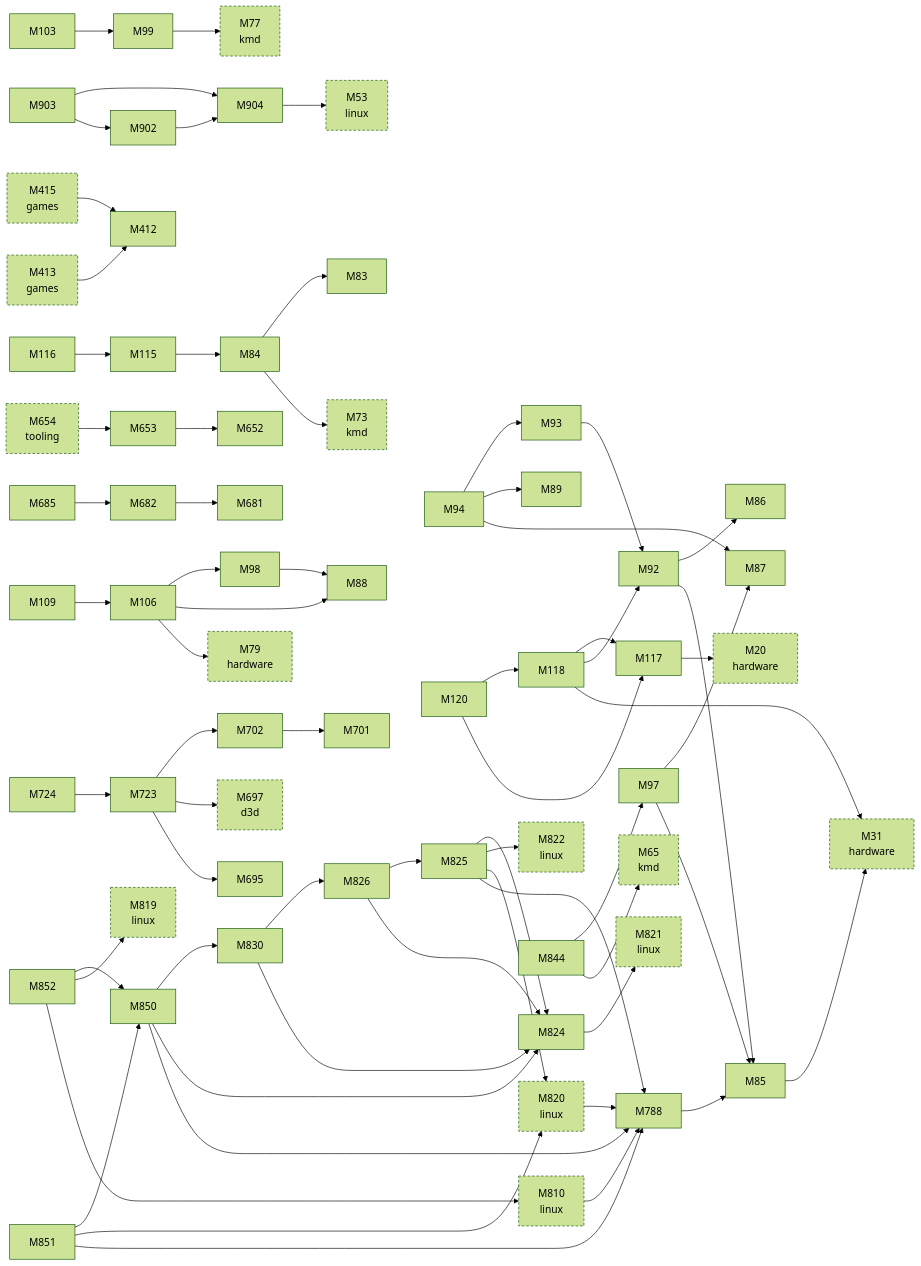
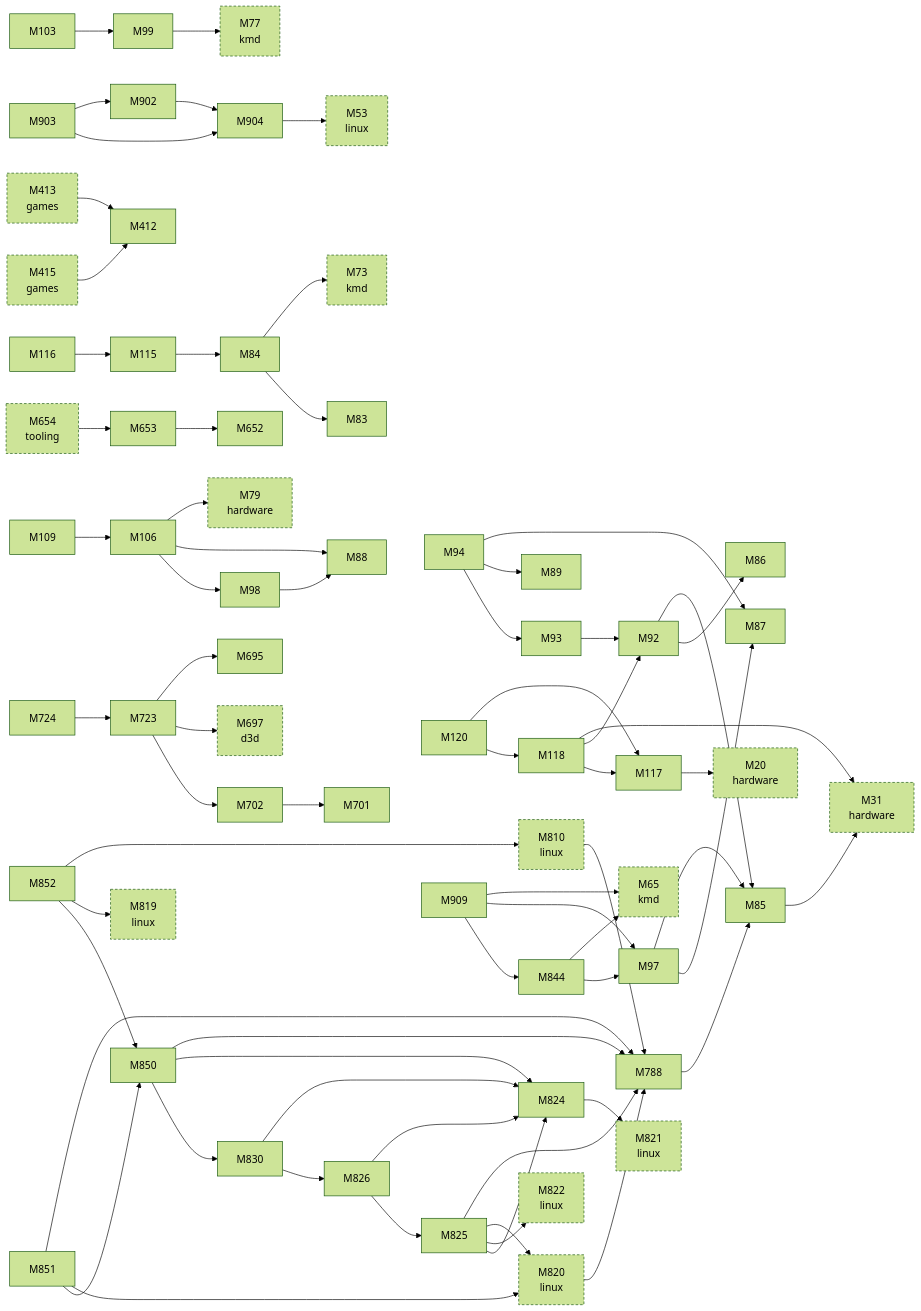
Before and after one commit to D-Ogi/amdgpu-wddm: the second of 3 diagrams in docs/facts/graphs/display.md, drawn with Mermaid (forest theme). The commit also changed 37 other files, not shown here.

```diff
--- a/docs/facts/graphs/display.md
+++ b/docs/facts/graphs/display.md
@@ -70,9 +70,6 @@
   M652["M652"]
   M653["M653"]
   M654["M654<br/>tooling"]
-  M681["M681"]
-  M682["M682"]
-  M685["M685"]
   M695["M695"]
   M697["M697<br/>d3d"]
   M701["M701"]
@@ -96,6 +93,7 @@
   M902["M902"]
   M903["M903"]
   M904["M904"]
+  M909["M909"]
   M84 --> M73
   M84 --> M83
   M85 --> M31
@@ -123,8 +121,6 @@
   M120 --> M117
   M120 --> M118
   M653 --> M652
-  M682 --> M681
-  M685 --> M682
   M702 --> M701
   M723 --> M695
   M723 --> M697
@@ -155,6 +151,9 @@
   M903 --> M902
   M903 --> M904
   M904 --> M53
+  M909 --> M65
+  M909 --> M97
+  M909 --> M844
   M413 --> M412
   M415 --> M412
   M810 --> M788
```
